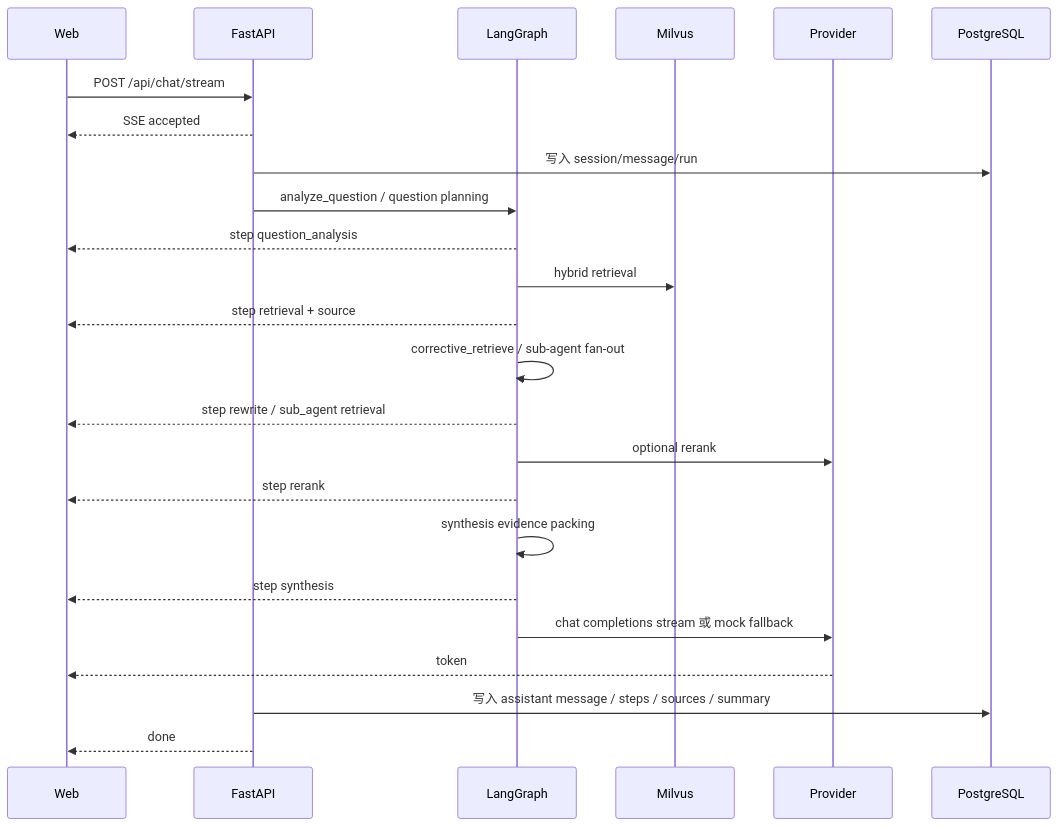
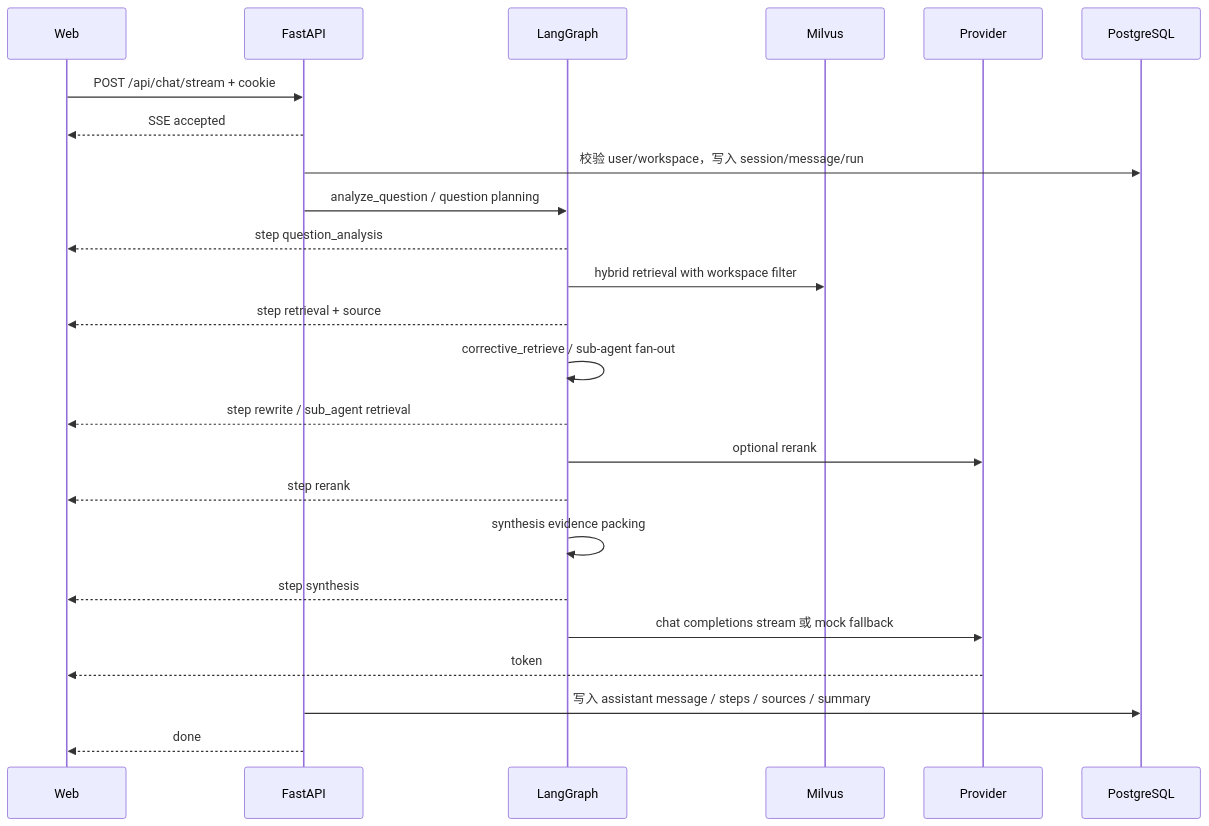
Before and after one commit to SimpLe-L/chat-bot: the second of 2 diagrams in ARCHITECTURE.md, drawn with Mermaid. The commit also changed other lines of this file and 29 other files, not shown here.

````diff
--- a/ARCHITECTURE.md
+++ b/ARCHITECTURE.md
@@ -72,27 +81,27 @@
 ```mermaid
 sequenceDiagram
   participant W as Web
   participant A as FastAPI
   participant G as LangGraph
   participant M as Milvus
   participant P as Provider
   participant DB as PostgreSQL
 
-  W->>A: POST /api/chat/stream
+  W->>A: POST /api/chat/stream + cookie
   A-->>W: SSE accepted
-  A->>DB: 写入 session/message/run
+  A->>DB: 校验 user/workspace，写入 session/message/run
   A->>G: analyze_question / question planning
   G-->>W: step question_analysis
-  G->>M: hybrid retrieval
+  G->>M: hybrid retrieval with workspace filter
   G-->>W: step retrieval + source
   G->>G: corrective_retrieve / sub-agent fan-out
   G-->>W: step rewrite / sub_agent retrieval
   G->>P: optional rerank
   G-->>W: step rerank
   G->>G: synthesis evidence packing
   G-->>W: step synthesis
   G->>P: chat completions stream 或 mock fallback
   P-->>W: token
   A->>DB: 写入 assistant message / steps / sources / summary
   A-->>W: done
 ```
````
